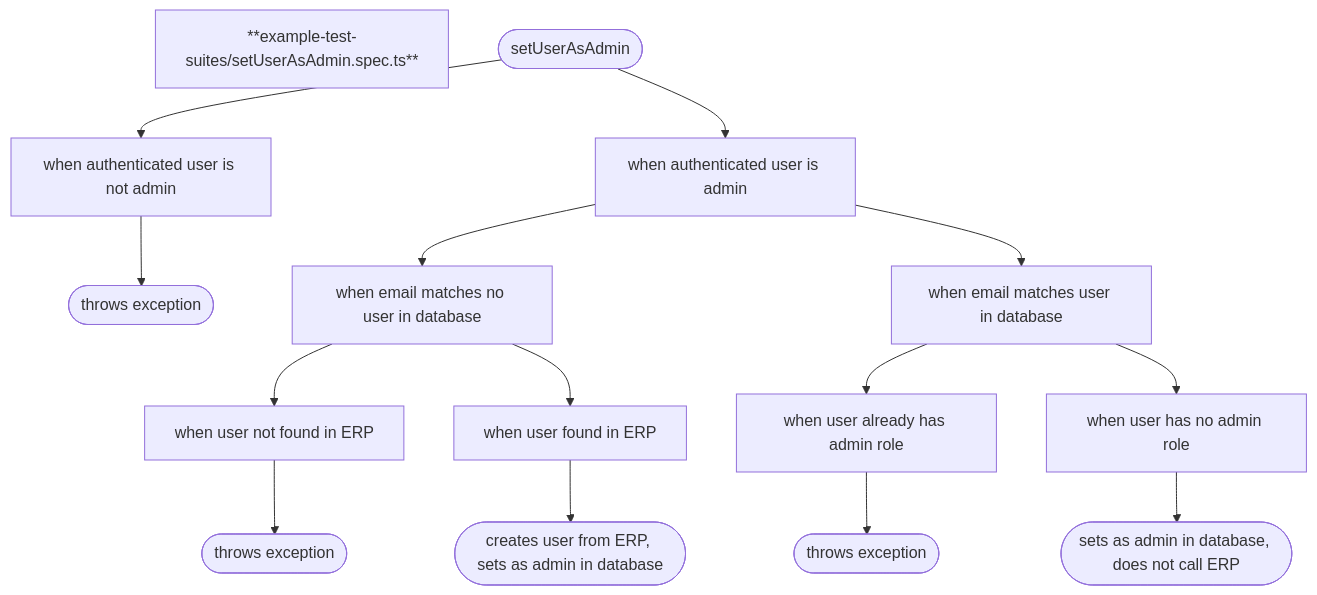
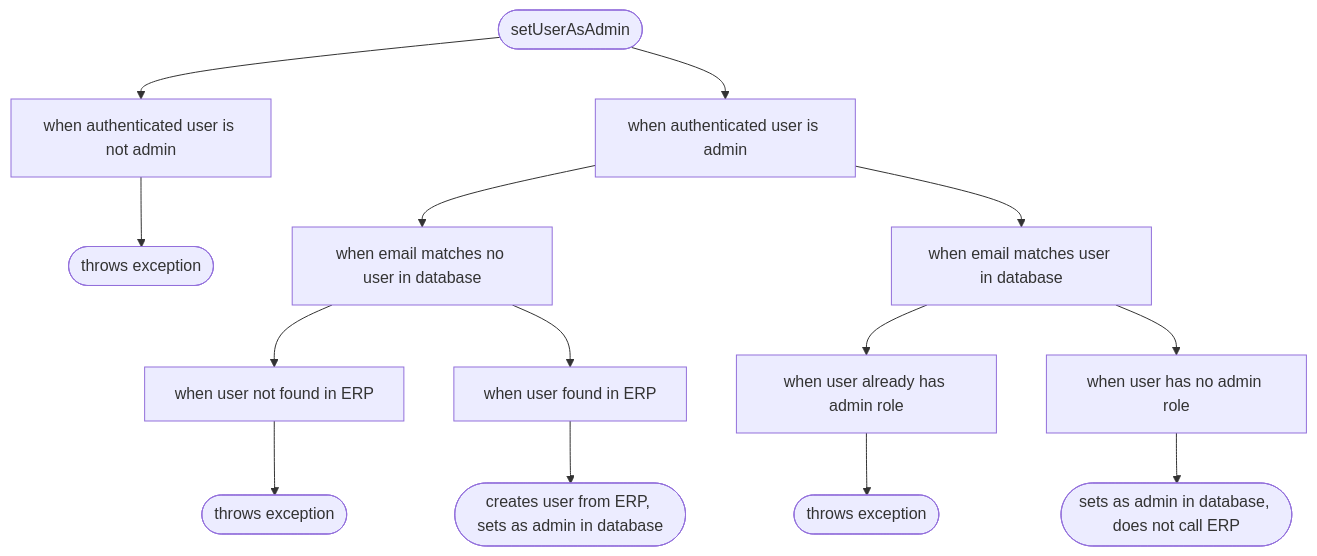
One commit to arnaudrenaud/speccharts changed the diagram in README.md. Above: the diagram before and after it, drawn with Mermaid. The commit also changed other lines of this file and 4 other files, not shown here.

````diff
--- a/README.md
+++ b/README.md
@@ -49,31 +49,30 @@
 ```mermaid
 flowchart TD
-title["**example-test-suites/setUserAsAdmin.spec.ts**"]
 N0(["setUserAsAdmin"])
 N1["when authenticated user is not admin"]
 N0 --> N1
 N2(["throws exception"])
 N1 --> N2
 N3["when authenticated user is admin"]
 N0 --> N3
 N4["when email matches no user in database"]
 N3 --> N4
 N5["when user not found in ERP"]
 N4 --> N5
 N6(["throws exception"])
 N5 --> N6
 N7["when user found in ERP"]
 N4 --> N7
 N8(["creates user from ERP, sets as admin in database"])
 N7 --> N8
 N9["when email matches user in database"]
 N3 --> N9
 N10["when user already has admin role"]
 N9 --> N10
 N11(["throws exception"])
 N10 --> N11
 N12["when user has no admin role"]
 N9 --> N12
 N13(["sets as admin in database, does not call ERP"])
 N12 --> N13
 ```
````
